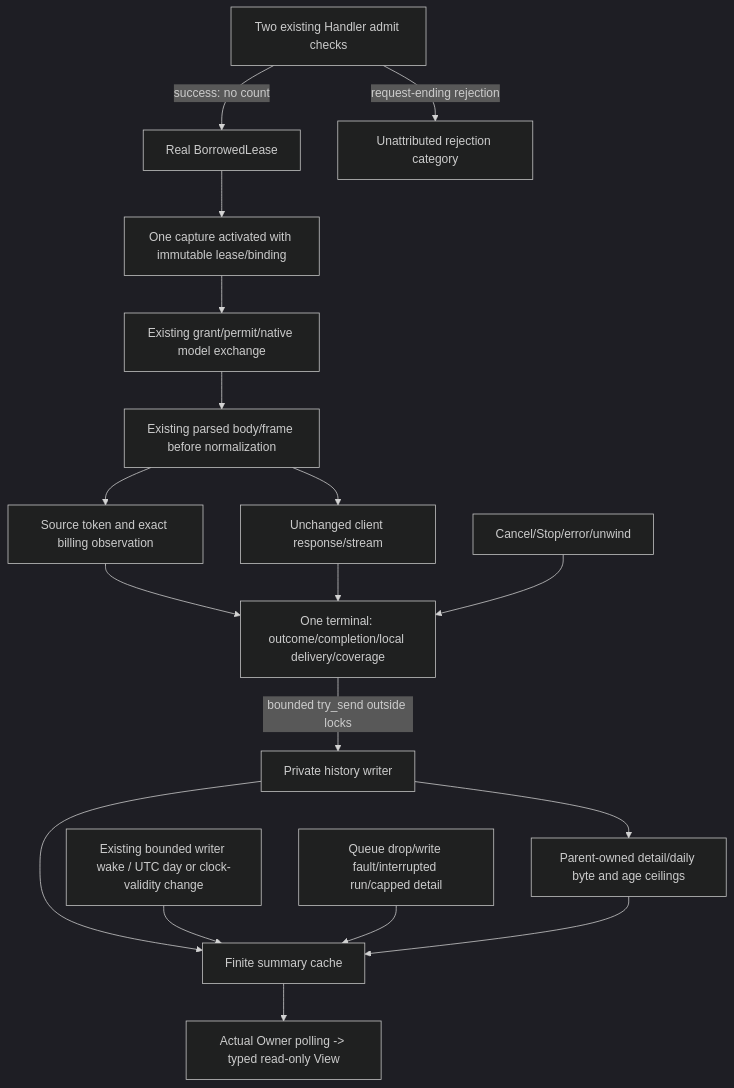
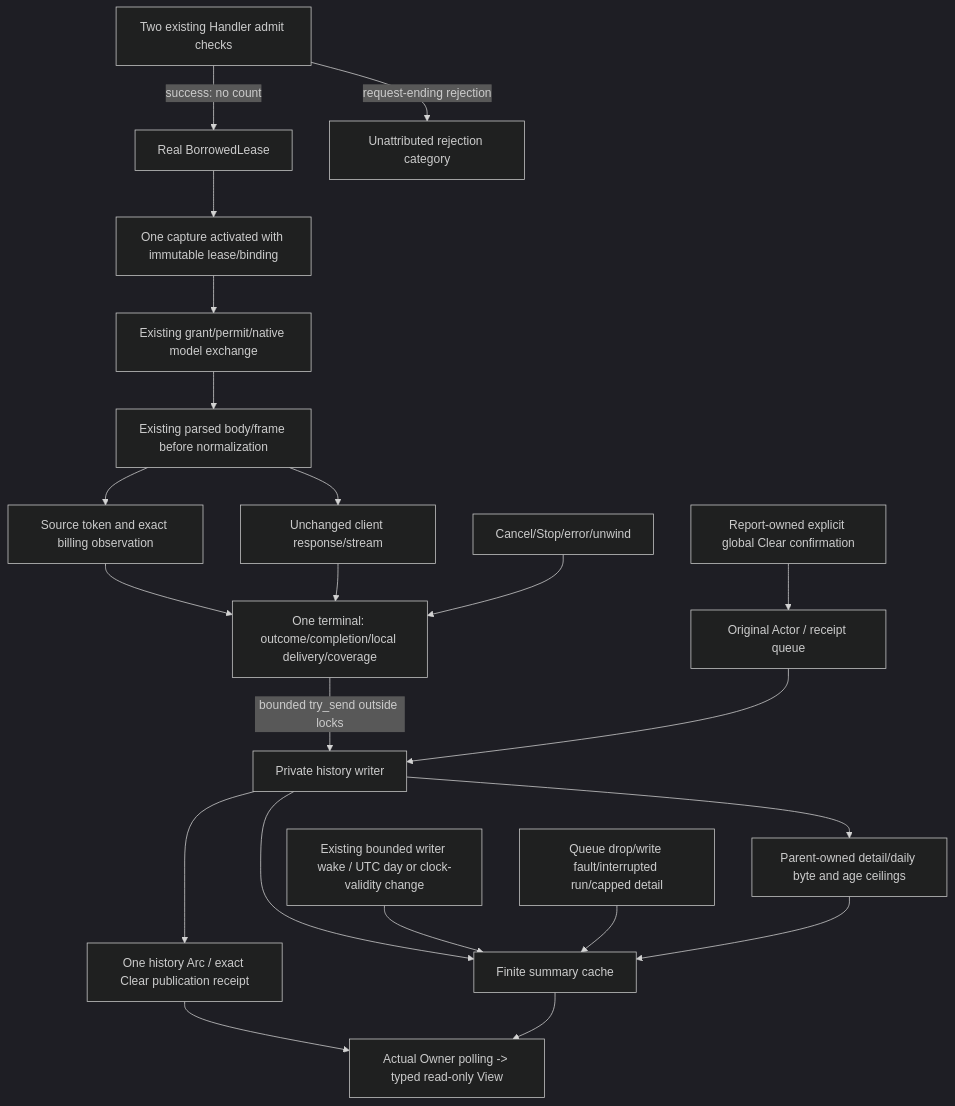
Before and after one commit to partnernetsoftware/minicon: the diagram in prd/PRD_02_31_01_03_01_request_accounting.md, drawn with Mermaid (dark theme). The commit also changed other lines of this file and 16 other files, not shown here.

Commit message:
Add explicit usage history clearing and preserve native gate diagnostics

````diff
--- a/prd/PRD_02_31_01_03_01_request_accounting.md
+++ b/prd/PRD_02_31_01_03_01_request_accounting.md
@@ -32,20 +37,24 @@
 ```mermaid
 flowchart TD
     AD[Two existing Handler admit checks] -->|success: no count| LEASE[Real BorrowedLease]
     AD -->|request-ending rejection| REJ[Unattributed rejection category]
     LEASE --> ONCE[One capture activated with immutable lease/binding]
     ONCE --> NATIVE[Existing grant/permit/native model exchange]
     NATIVE --> RAW[Existing parsed body/frame before normalization]
     RAW --> OBS[Source token and exact billing observation]
     RAW --> CLIENT[Unchanged client response/stream]
     OBS --> END[One terminal: outcome/completion/local delivery/coverage]
     CLIENT --> END
     CANCEL[Cancel/Stop/error/unwind] --> END
     END -->|bounded try_send outside locks| WRITER[Private history writer]
     WRITER --> RETAIN[Parent-owned detail/daily byte and age ceilings]
+    CONFIRM[Report-owned explicit global Clear confirmation] --> CQ[Original Actor / receipt queue]
+    CQ --> WRITER
+    WRITER --> CR[One history Arc / exact Clear publication receipt]
+    CR --> VIEW
     WRITER --> CACHE[Finite summary cache]
     IDLE[Existing bounded writer wake / UTC day or clock-validity change] --> CACHE
     GAP[Queue drop/write fault/interrupted run/capped detail] --> CACHE
     RETAIN --> CACHE
     CACHE --> VIEW[Actual Owner polling -> typed read-only View]
 ```
````
